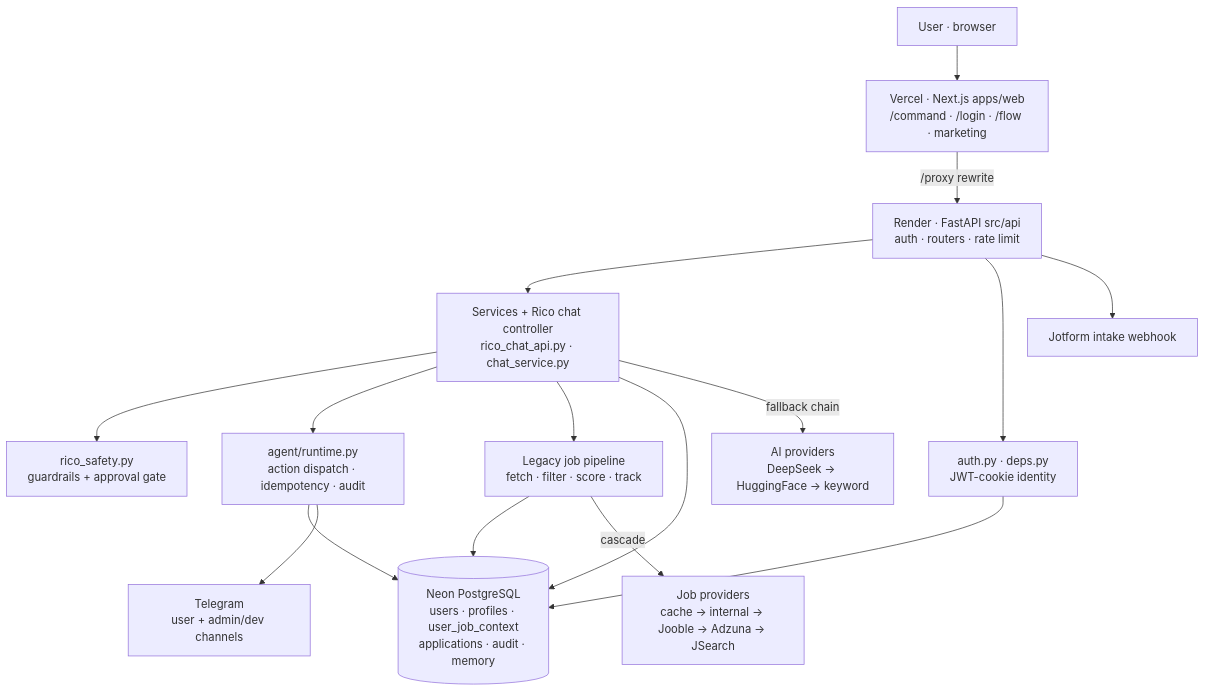
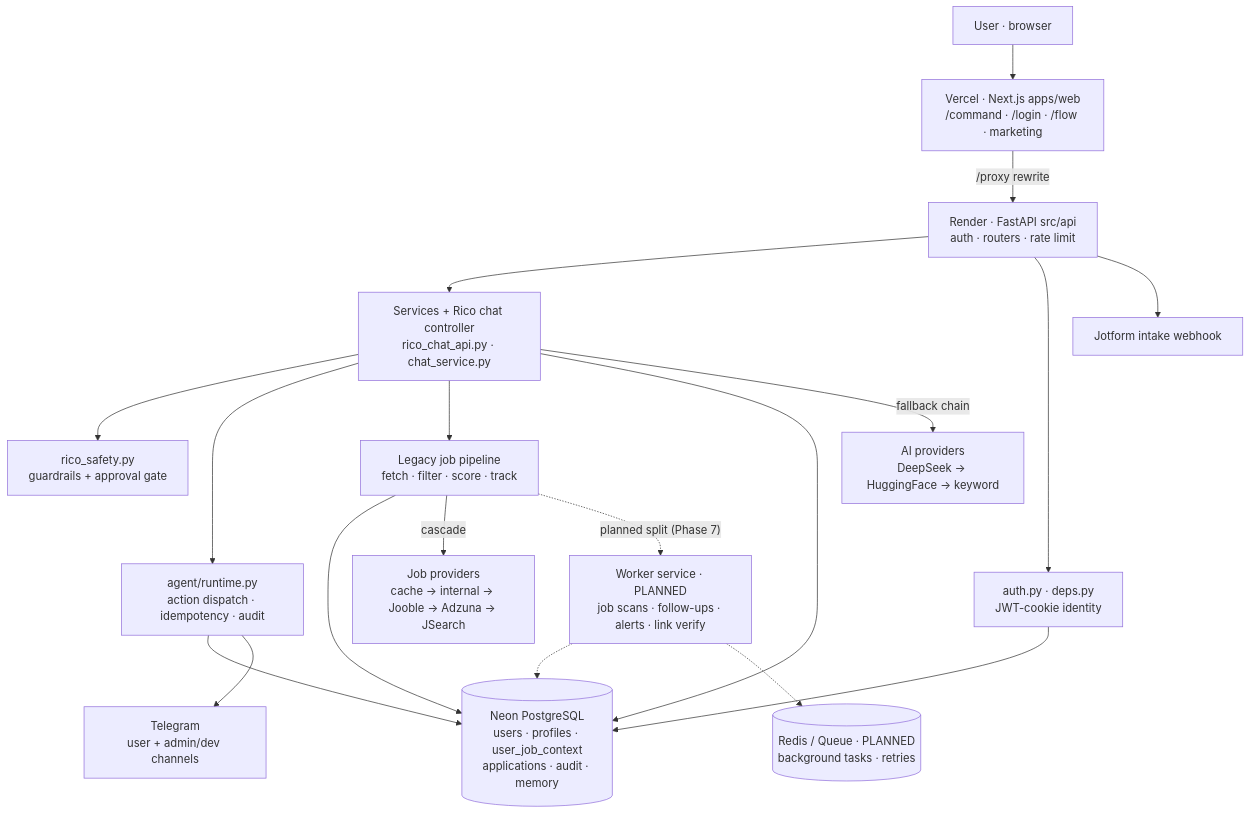
The diagram in AI_WORKSPACE/ARCHITECTURE.md (Binz2008-star/Rico-Your-AI-intelligent-job-hunt-partner-in-the-UAE), drawn with Mermaid before and after one commit. The commit also changed other lines of this file and 2 other files, not shown here.

Commit message:
docs(workspace): Phase A polish — dashboard PROJECT_STATUS, index Owner/Depends-on, workers in diagram
Owner-directed operability pass (Approve-with-limits). Docs-only.

- PROJECT_STATUS.md: reformat to an executive dashboard (Current Version, Main
  SHA, Phase, Production Status, Open Critical Risks, Active PR, Next Milestone,
  Last Updated) at the top; kept to one page.
- MASTER_INDEX.md: add Owner + Depends-on columns to the active tables so the
  index shows ownership and doc dependencies, not just status.
- ARCHITECTURE.md: extend the Mermaid diagram with the planned Worker service +
  Redis/Queue layer (dashed, marked PLANNED / Phase 7) so UI·API·AI·DB·Workers·
  External are all represented without implying they are deployed.

Verified: all internal links resolve; Mermaid fences balanced.

Claude-Session: https://claude.ai/code/session_01DMbmt2kcSbPsvcAxfJg2qb

````diff
--- a/AI_WORKSPACE/ARCHITECTURE.md
+++ b/AI_WORKSPACE/ARCHITECTURE.md
@@ -37,22 +37,26 @@
 ```mermaid
 flowchart TD
     U[User · browser] --> FE[Vercel · Next.js apps/web<br/>/command · /login · /flow · marketing]
     FE -->|/proxy rewrite| API[Render · FastAPI src/api<br/>auth · routers · rate limit]
 
     API --> SVC[Services + Rico chat controller<br/>rico_chat_api.py · chat_service.py]
     API --> AUTH[auth.py · deps.py<br/>JWT-cookie identity]
 
     SVC --> SAFE[rico_safety.py<br/>guardrails + approval gate]
     SVC --> RT[agent/runtime.py<br/>action dispatch · idempotency · audit]
     SVC --> PIPE[Legacy job pipeline<br/>fetch · filter · score · track]
 
     RT --> DB[(Neon PostgreSQL<br/>users · profiles · user_job_context<br/>applications · audit · memory)]
     PIPE --> DB
     AUTH --> DB
     SVC --> DB
 
     SVC -->|fallback chain| AI[AI providers<br/>DeepSeek → HuggingFace → keyword]
     PIPE -->|cascade| JOBS[Job providers<br/>cache → internal → Jooble → Adzuna → JSearch]
     RT --> TG[Telegram<br/>user + admin/dev channels]
     API --> JF[Jotform intake webhook]
+
+    PIPE -. "planned split (Phase 7)" .-> WK[Worker service · PLANNED<br/>job scans · follow-ups · alerts · link verify]
+    WK -.-> DB
+    WK -.-> RQ[(Redis / Queue · PLANNED<br/>background tasks · retries)]
 ```
````
